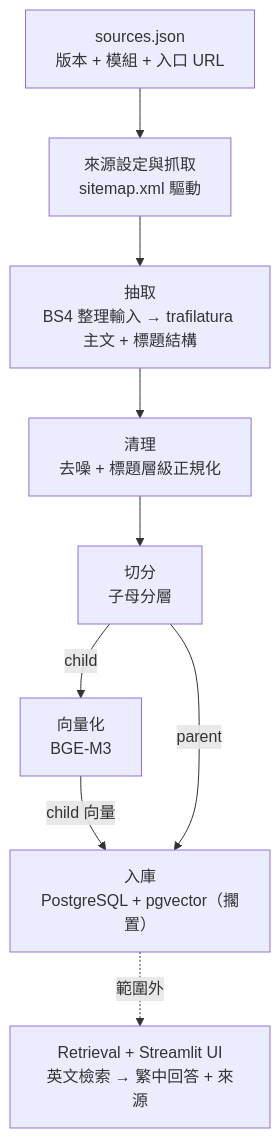
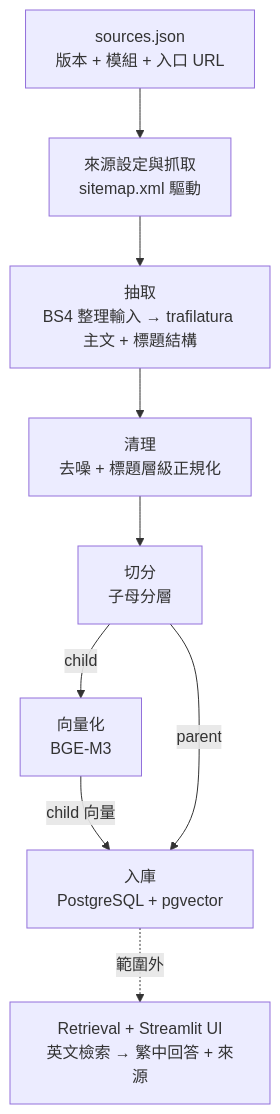
Before and after one commit to Star-Meow/Minecraft_RAG: the diagram in README.md, drawn with Mermaid. The commit also changed other lines of this file and 3 other files, not shown here.

````diff
--- a/README.md
+++ b/README.md
@@ -32,11 +32,11 @@
 ```mermaid
 flowchart TD
     S["sources.json<br>版本 + 模組 + 入口 URL"] --> F["來源設定與抓取<br>sitemap.xml 驅動"]
     F --> E["抽取<br>BS4 整理輸入 → trafilatura 主文 + 標題結構"]
     E --> C["清理<br>去噪 + 標題層級正規化"]
     C --> K["切分<br>子母分層"]
     K -- child --> M["向量化<br>BGE-M3"]
-    M -- child 向量 --> I["入庫<br>PostgreSQL + pgvector（擱置）"]
+    M -- child 向量 --> I["入庫<br>PostgreSQL + pgvector"]
     K -- parent --> I
     I -.範圍外.-> R["Retrieval + Streamlit UI<br>英文檢索 → 繁中回答 + 來源"]
 ```
````
